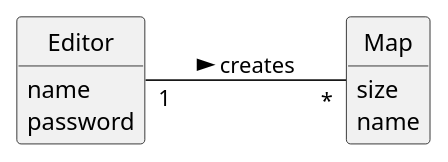
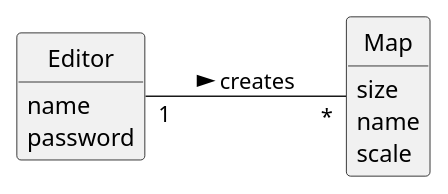
Before and after one commit to 1240935/pi2-railway-simulator: the diagram in Sprint3/US001/02.analysis/puml/US001-DM.puml, drawn with PlantUML. The commit also changed 35 other files, not shown here.

```diff
--- a/Sprint3/US001/02.analysis/puml/US001-DM.puml
+++ b/Sprint3/US001/02.analysis/puml/US001-DM.puml
@@ -1,29 +1,30 @@
 @startuml
 skinparam monochrome true
 skinparam packageStyle rectangle
 skinparam shadowing false
 'skinparam linetype ortho
 'left to right direction
 skinparam classAttributeIconSize 0
 hide circle
 hide methods
 
 left to right direction
 
 hide circle
 hide methods
 
 
 class Editor {
     name
     password
 }
 
 class Map {
     size
     name
+    scale
 }
 
 
 Editor "1" -- "*" Map: creates >
 @enduml
```
